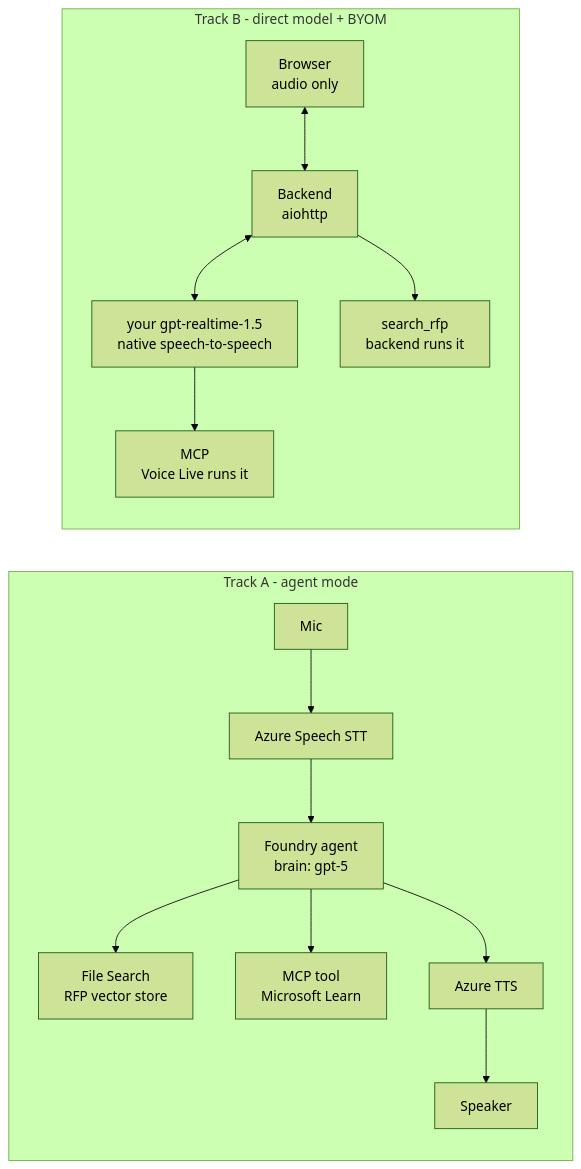
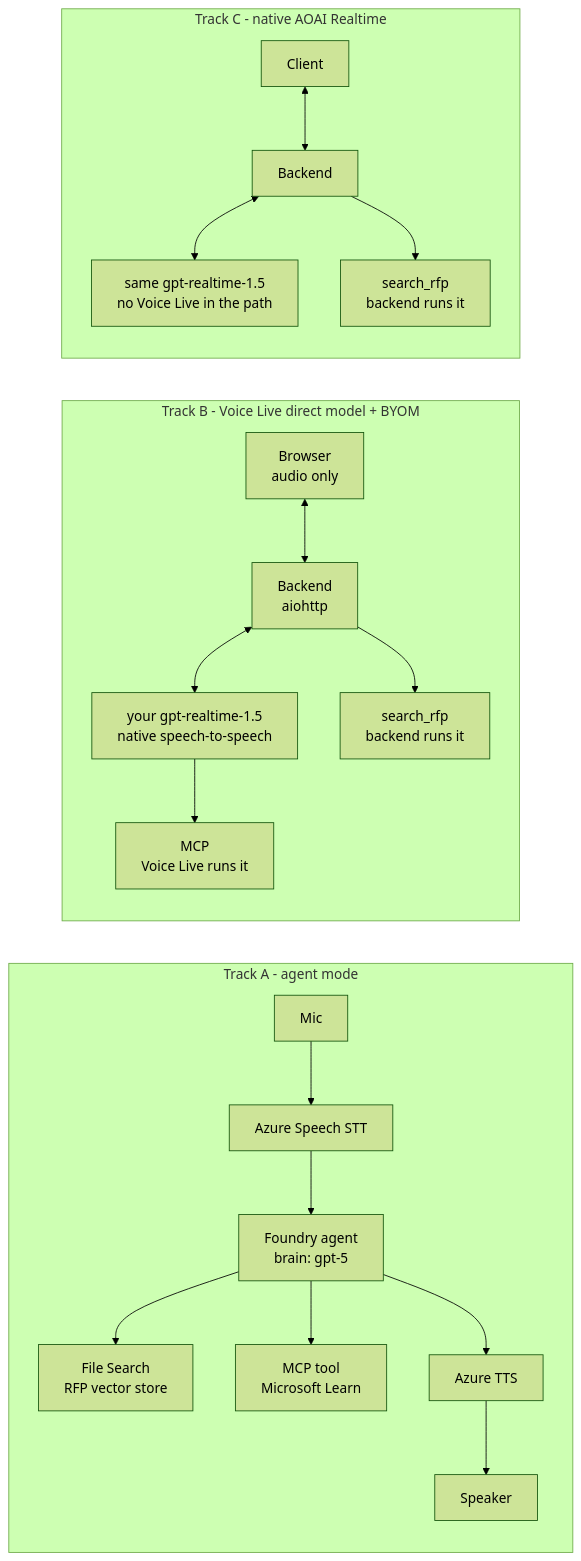
The diagram in README.md (yelghali/live-voice-agent-demo), drawn with Mermaid (forest theme) before and after one commit. The commit also changed other lines of this file and 4 other files, not shown here.

````diff
--- a/README.md
+++ b/README.md
@@ -17,19 +18,25 @@
 ```mermaid
 flowchart LR
     subgraph A["Track A - agent mode"]
         direction TB
         A1[Mic] --> A2[Azure Speech STT]
         A2 --> A3["Foundry agent<br/>brain: gpt-5"]
         A3 --> A4[File Search<br/>RFP vector store]
         A3 --> A5[MCP tool<br/>Microsoft Learn]
         A3 --> A6[Azure TTS]
         A6 --> A7[Speaker]
     end
-    subgraph B["Track B - direct model + BYOM"]
+    subgraph B["Track B - Voice Live direct model + BYOM"]
         direction TB
         B1[Browser<br/>audio only] <--> B2[Backend<br/>aiohttp]
         B2 <--> B3["your gpt-realtime-1.5<br/>native speech-to-speech"]
         B2 --> B4[search_rfp<br/>backend runs it]
         B3 --> B5[MCP<br/>Voice Live runs it]
     end
+    subgraph C["Track C - native AOAI Realtime"]
+        direction TB
+        C1[Client] <--> C2[Backend]
+        C2 <--> C3["same gpt-realtime-1.5<br/>no Voice Live in the path"]
+        C2 --> C4[search_rfp<br/>backend runs it]
+    end
 ```
````
